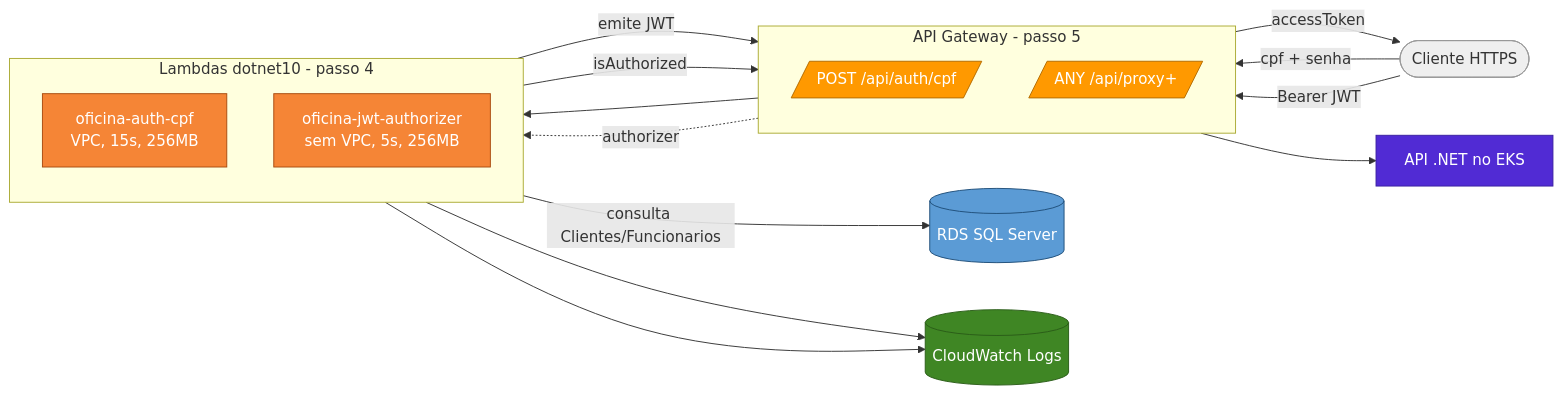
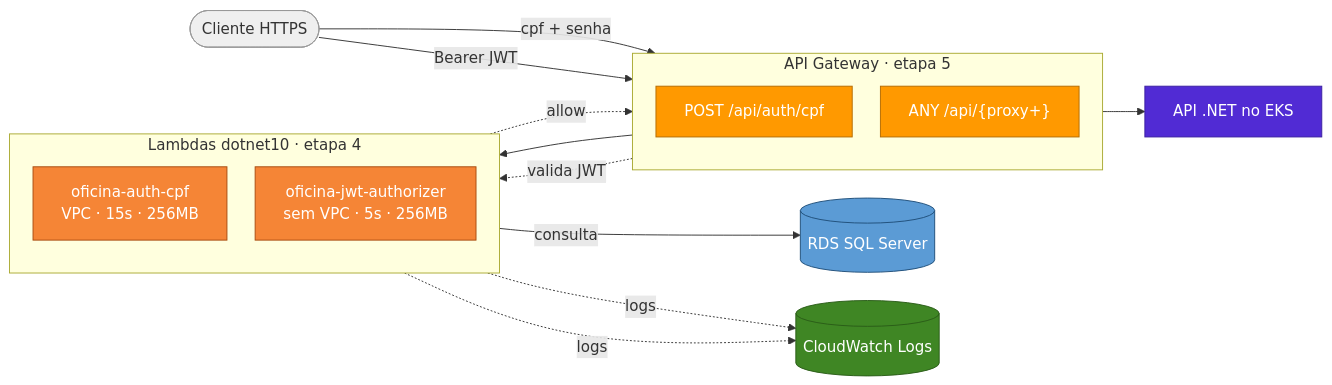
Before and after one commit to fabianorodrigues/oficina-auth-lambda: the second of 2 diagrams in README.md, drawn with Mermaid. The commit also changed other lines of this file, not shown here.

````diff
--- a/README.md
+++ b/README.md
@@ -97,41 +98,38 @@
 ```mermaid
+%%{init: {"flowchart": {"nodeSpacing": 30, "rankSpacing": 45}} }%%
 flowchart LR
     classDef lmb   fill:#F58536,color:#fff,stroke:#A84B0F
     classDef k8s   fill:#FF9900,color:#fff,stroke:#B36B00
     classDef db    fill:#5B9BD5,color:#fff,stroke:#1F4E79
     classDef api   fill:#512BD4,color:#fff,stroke:#3A1FA0
     classDef store fill:#3F8624,color:#fff,stroke:#2A5C18
     classDef ext   fill:#EFEFEF,color:#333,stroke:#999
 
     USER([Cliente HTTPS]):::ext
 
-    subgraph APIGW[API Gateway - passo 5]
+    subgraph APIGW["API Gateway · etapa 5"]
       direction TB
-      R1[/POST /api/auth/cpf/]:::k8s
-      R2[/ANY /api/proxy+/]:::k8s
+      R1["POST /api/auth/cpf"]:::k8s
+      R2["ANY /api/#123;proxy+#125;"]:::k8s
     end
 
-    subgraph LMBS[Lambdas dotnet10 - passo 4]
+    subgraph LMBS["Lambdas dotnet10 · etapa 4"]
       direction TB
-      AUTH[oficina-auth-cpf<br/>VPC, 15s, 256MB]:::lmb
-      AUTHZ[oficina-jwt-authorizer<br/>sem VPC, 5s, 256MB]:::lmb
+      AUTH["oficina-auth-cpf<br/>VPC · 15s · 256MB"]:::lmb
+      AUTHZ["oficina-jwt-authorizer<br/>sem VPC · 5s · 256MB"]:::lmb
     end
 
+    RDS[(RDS SQL Server)]:::db
     BACKEND[API .NET no EKS]:::api
-    RDS[(RDS SQL Server)]:::db
     CW[(CloudWatch Logs)]:::store
 
-    USER -->|cpf + senha| R1
+    USER -- "cpf + senha" --> R1
+    USER -- "Bearer JWT" --> R2
     R1 --> AUTH
-    AUTH -->|consulta Clientes/Funcionarios| RDS
-    AUTH -->|emite JWT| R1
-    R1 -->|accessToken| USER
-
-    USER -->|Bearer JWT| R2
-    R2 -. authorizer .-> AUTHZ
-    AUTHZ -->|isAuthorized| R2
+    R2 -. valida JWT .-> AUTHZ
+    AUTHZ -. allow .-> R2
     R2 --> BACKEND
-
-    AUTH --> CW
-    AUTHZ --> CW
+    AUTH -- consulta --> RDS
+    AUTH -. logs .-> CW
+    AUTHZ -. logs .-> CW
 ```
````
